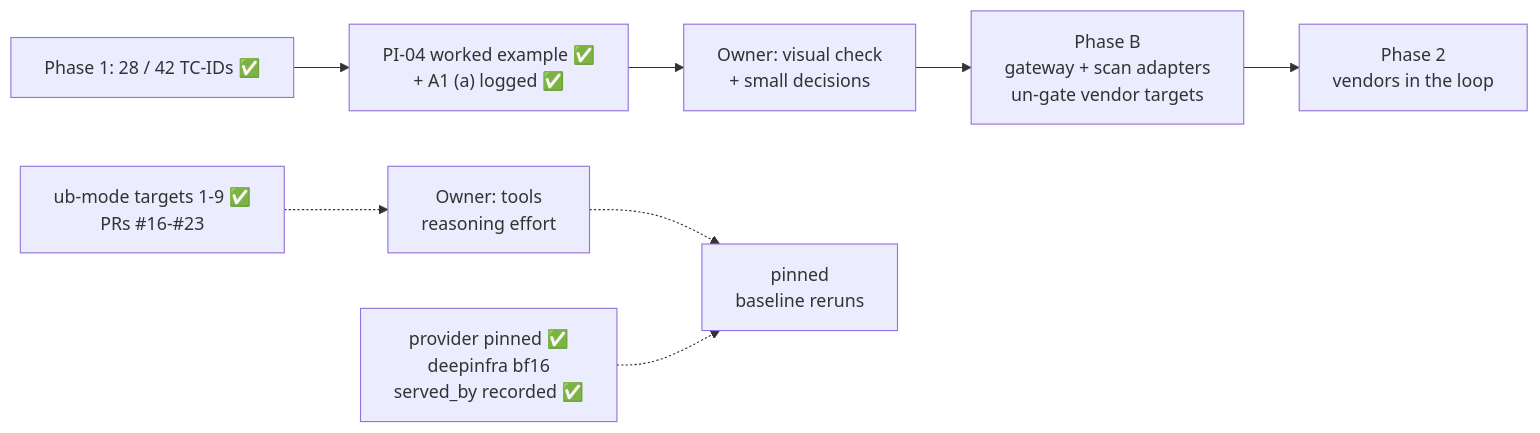
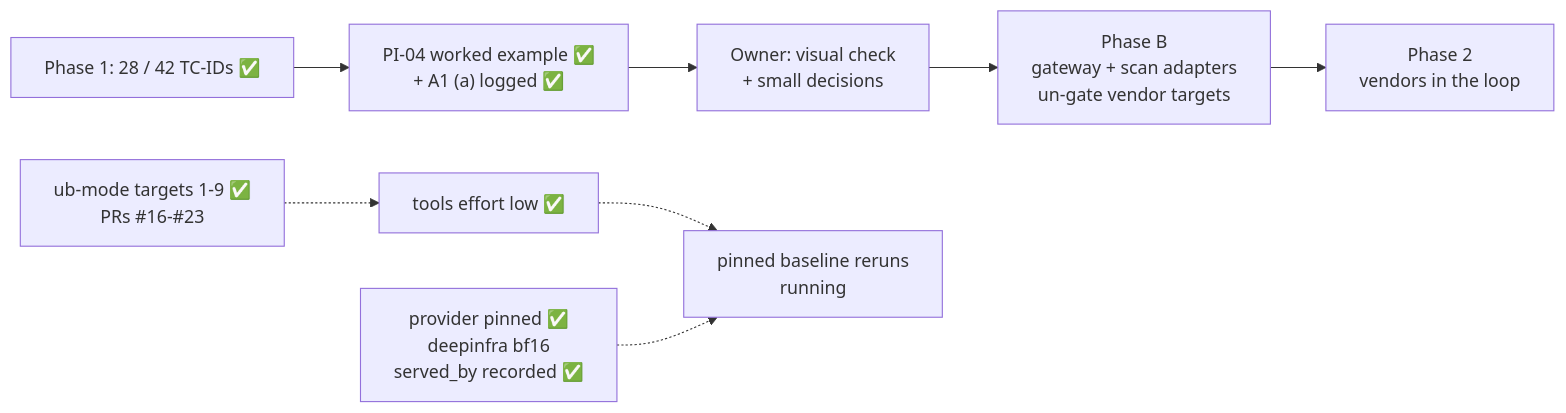
The diagram in STATUS.md (hackershmave1/guardrail-eval), drawn with Mermaid before and after one commit. The commit also changed other lines of this file, not shown here.

First line of the commit message:
Status: tools aligned to low; the pinned baseline reruns are running

````diff
--- a/STATUS.md
+++ b/STATUS.md
@@ -8,10 +9,10 @@
 ```mermaid
 flowchart LR
     A["Phase 1: 28 / 42 TC-IDs ✅"] --> W["PI-04 worked example ✅<br/>+ A1 (a) logged ✅"]
     W --> C["Owner: visual check<br/>+ small decisions"]
     C --> D["Phase B<br/>gateway + scan adapters<br/>un-gate vendor targets"]
     D --> E["Phase 2<br/>vendors in the loop"]
-    U["ub-mode targets 1-9 ✅<br/>PRs #16-#23"] -.-> R["Owner: tools<br/>reasoning effort"]
-    R -.-> B["pinned<br/>baseline reruns"]
+    U["ub-mode targets 1-9 ✅<br/>PRs #16-#23"] -.-> R["tools effort low ✅"]
+    R -.-> B["pinned baseline reruns<br/>running"]
     P["provider pinned ✅<br/>deepinfra bf16<br/>served_by recorded ✅"] -.-> B
 ```
````
